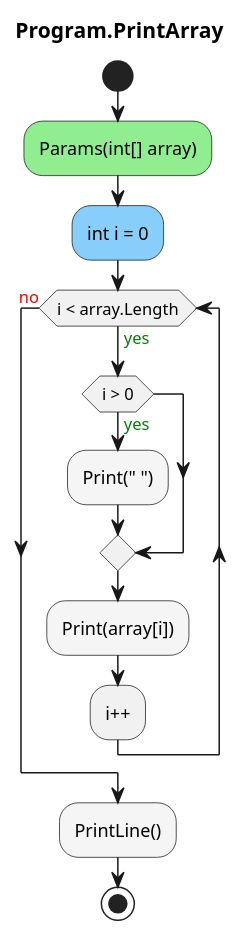
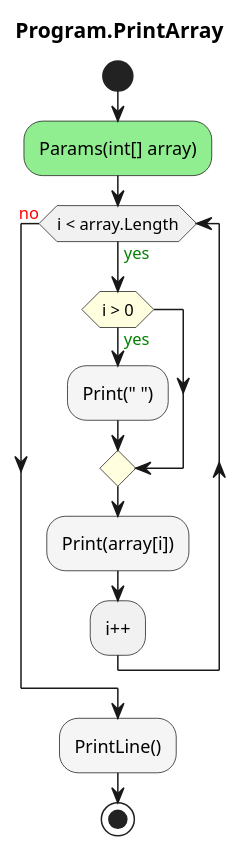
One commit to leoggehrer/2324-34_ABIF_ACIF_POSE changed the diagram in SortingAlgorithms.ConApp/diagrams/ac_Program_PrintArray_1.puml. Above: the diagram before and after it, drawn with PlantUML. The commit also changed 13 other files, not shown here.

Commit message:
Generate sort diagrams.

```diff
--- a/SortingAlgorithms.ConApp/diagrams/ac_Program_PrintArray_1.puml
+++ b/SortingAlgorithms.ConApp/diagrams/ac_Program_PrintArray_1.puml
@@ -1,15 +1,14 @@
 @startuml Program.PrintArray
 title Program.PrintArray
 start
 #LightGreen:Params(int[] array);
-#LightSkyBlue:int i = 0;
 while (i < array.Length) is (<color:green>yes)
-        if (i > 0) then (<color:green>yes)
+        #LightYellow:if (i > 0) then (<color:green>yes)
                 #WhiteSmoke:Print(" ");
         endif
         #WhiteSmoke:Print(array[i]);
 :i++;
 endwhile (<color:red>no)
 #WhiteSmoke:PrintLine();
 stop
 @enduml
```
